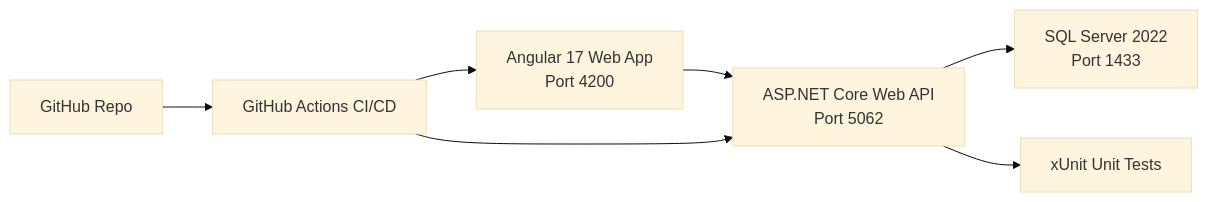
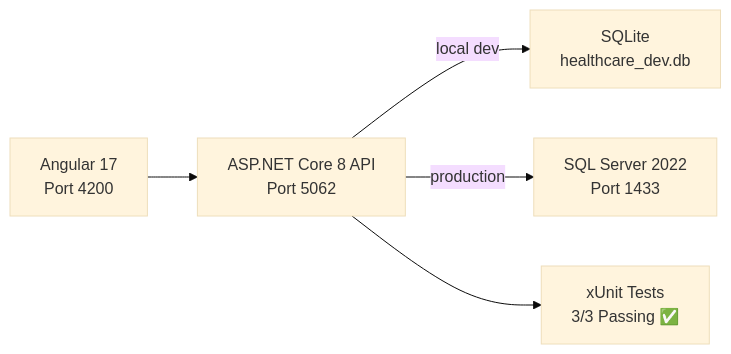
The diagram in README.md (Nitishnaidu368/Healthcare-Patient-Management-System), drawn with Mermaid (base theme) before and after one commit. The commit also changed other lines of this file, not shown here.

Commit message:
docs: update README with SQLite local dev, correct tech stack and setup guide

````diff
--- a/README.md
+++ b/README.md
@@ -7,9 +20,7 @@
 ```mermaid
 flowchart LR
-    UI["Angular 17 Web App\nPort 4200"] --> API["ASP.NET Core Web API\nPort 5062"]
-    API --> DB["SQL Server 2022\nPort 1433"]
-    API --> TESTS["xUnit Unit Tests"]
-    GIT["GitHub Repo"] --> PIPE["GitHub Actions CI/CD"]
-    PIPE --> API
-    PIPE --> UI
+    UI["Angular 17\nPort 4200"] --> API["ASP.NET Core 8 API\nPort 5062"]
+    API -->|"local dev"| SQLITE["SQLite\nhealthcare_dev.db"]
+    API -->|"production"| SQLSERVER["SQL Server 2022\nPort 1433"]
+    API --> TESTS["xUnit Tests\n3/3 Passing ✅"]
 ```
````
